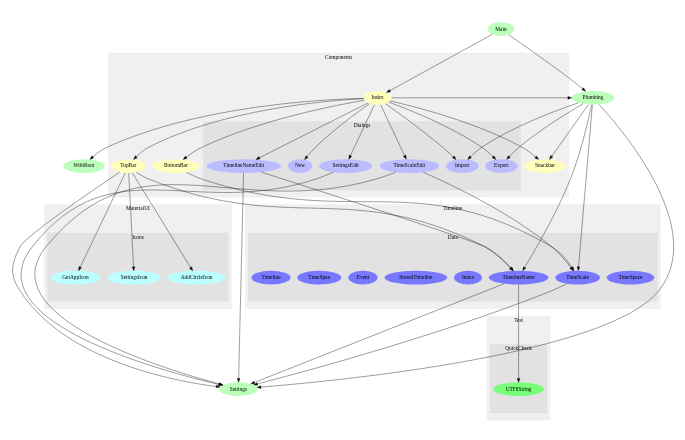
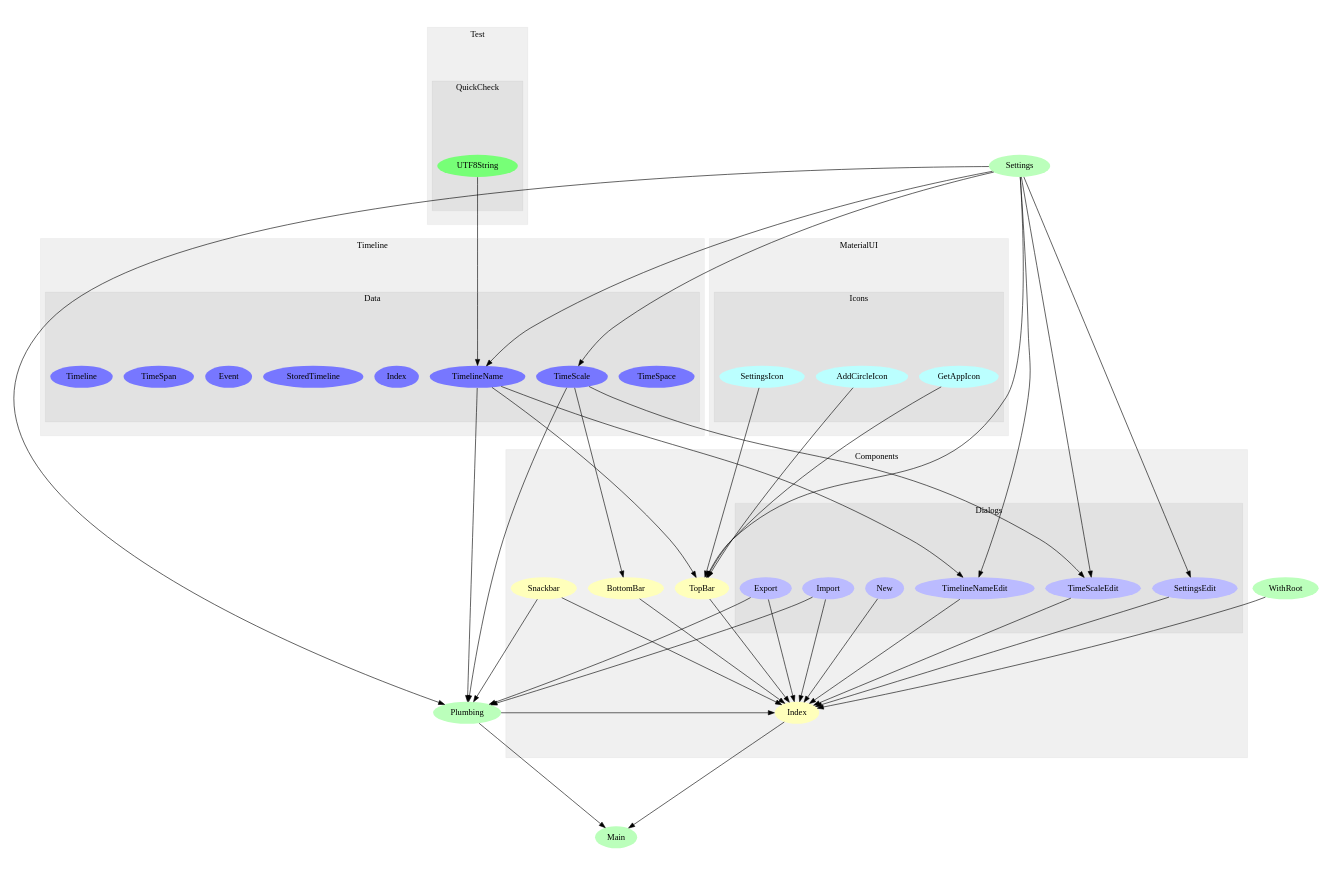
The diagram in modules.dot (openchronology/openchronology.github.io), drawn with Graphviz before and after one commit. The commit also changed 2 other files, not shown here.

Commit message:
module graph build script

```diff
--- a/modules.dot
+++ b/modules.dot
@@ -1,112 +1,112 @@
 digraph G {
-size="6,4";
+size="12,8";
 ratio="fill";
 u13[label="Settings",style="filled",fillcolor="#bbffbb",penwidth="0"];
 u14[label="Plumbing",style="filled",fillcolor="#bbffbb",penwidth="0"];
 u16[label="Main",style="filled",fillcolor="#bbffbb",penwidth="0"];
 u25[label="WithRoot",style="filled",fillcolor="#bbffbb",penwidth="0"];
 subgraph cluster_0 {
 label="Components";
 color="#0000000F";
 style="filled";
 u3[label="BottomBar",style="filled",fillcolor="#ffffbb",penwidth="0"];
 u10[label="TopBar",style="filled",fillcolor="#ffffbb",penwidth="0"];
 u11[label="Index",style="filled",fillcolor="#ffffbb",penwidth="0"];
 u12[label="Snackbar",style="filled",fillcolor="#ffffbb",penwidth="0"];
 subgraph cluster_1 {
 label="Dialogs";
 color="#0000000F";
 style="filled";
 u4[label="Import",style="filled",fillcolor="#bbbbff",penwidth="0"];
 u5[label="SettingsEdit",style="filled",fillcolor="#bbbbff",penwidth="0"];
 u6[label="TimelineNameEdit",style="filled",fillcolor="#bbbbff",penwidth="0"];
 u7[label="TimeScaleEdit",style="filled",fillcolor="#bbbbff",penwidth="0"];
 u8[label="Export",style="filled",fillcolor="#bbbbff",penwidth="0"];
 u9[label="New",style="filled",fillcolor="#bbbbff",penwidth="0"];
 
 }
 
 }
 subgraph cluster_2 {
 label="MaterialUI";
 color="#0000000F";
 style="filled";
 subgraph cluster_3 {
 label="Icons";
 color="#0000000F";
 style="filled";
 u0[label="GetAppIcon",style="filled",fillcolor="#bbffff",penwidth="0"];
 u1[label="AddCircleIcon",style="filled",fillcolor="#bbffff",penwidth="0"];
 u2[label="SettingsIcon",style="filled",fillcolor="#bbffff",penwidth="0"];
 
 }
 
 }
 subgraph cluster_4 {
 label="Test";
 color="#0000000F";
 style="filled";
 subgraph cluster_5 {
 label="QuickCheck";
 color="#0000000F";
 style="filled";
 u15[label="UTF8String",style="filled",fillcolor="#77ff77",penwidth="0"];
 
 }
 
 }
 subgraph cluster_6 {
 label="Timeline";
 color="#0000000F";
 style="filled";
 subgraph cluster_7 {
 label="Data";
 color="#0000000F";
 style="filled";
 u17[label="TimeSpace",style="filled",fillcolor="#7777ff",penwidth="0"];
 u18[label="TimeScale",style="filled",fillcolor="#7777ff",penwidth="0"];
 u19[label="TimelineName",style="filled",fillcolor="#7777ff",penwidth="0"];
 u20[label="Index",style="filled",fillcolor="#7777ff",penwidth="0"];
 u21[label="StoredTimeline",style="filled",fillcolor="#7777ff",penwidth="0"];
 u22[label="Event",style="filled",fillcolor="#7777ff",penwidth="0"];
 u23[label="TimeSpan",style="filled",fillcolor="#7777ff",penwidth="0"];
 u24[label="Timeline",style="filled",fillcolor="#7777ff",penwidth="0"];
 
 }
 
 }
-u3 -> u18;
-u5 -> u13;
-u6 -> u13;
-u6 -> u19;
-u7 -> u13;
-u7 -> u18;
-u10 -> u0;
-u10 -> u1;
-u10 -> u2;
-u10 -> u13;
-u10 -> u19;
-u11 -> u3;
-u11 -> u4;
-u11 -> u5;
-u11 -> u6;
-u11 -> u7;
-u11 -> u8;
-u11 -> u9;
-u11 -> u10;
-u11 -> u12;
-u11 -> u14;
-u11 -> u25;
-u14 -> u4;
-u14 -> u8;
-u14 -> u12;
-u14 -> u13;
-u14 -> u18;
-u14 -> u19;
-u16 -> u11;
-u16 -> u14;
-u18 -> u13;
-u19 -> u13;
-u19 -> u15;
+u18 -> u3;
+u13 -> u5;
+u13 -> u6;
+u19 -> u6;
+u13 -> u7;
+u18 -> u7;
+u0 -> u10;
+u1 -> u10;
+u2 -> u10;
+u13 -> u10;
+u19 -> u10;
+u3 -> u11;
+u4 -> u11;
+u5 -> u11;
+u6 -> u11;
+u7 -> u11;
+u8 -> u11;
+u9 -> u11;
+u10 -> u11;
+u12 -> u11;
+u14 -> u11;
+u25 -> u11;
+u4 -> u14;
+u8 -> u14;
+u12 -> u14;
+u13 -> u14;
+u18 -> u14;
+u19 -> u14;
+u11 -> u16;
+u14 -> u16;
+u13 -> u18;
+u13 -> u19;
+u15 -> u19;
 
 }
```
